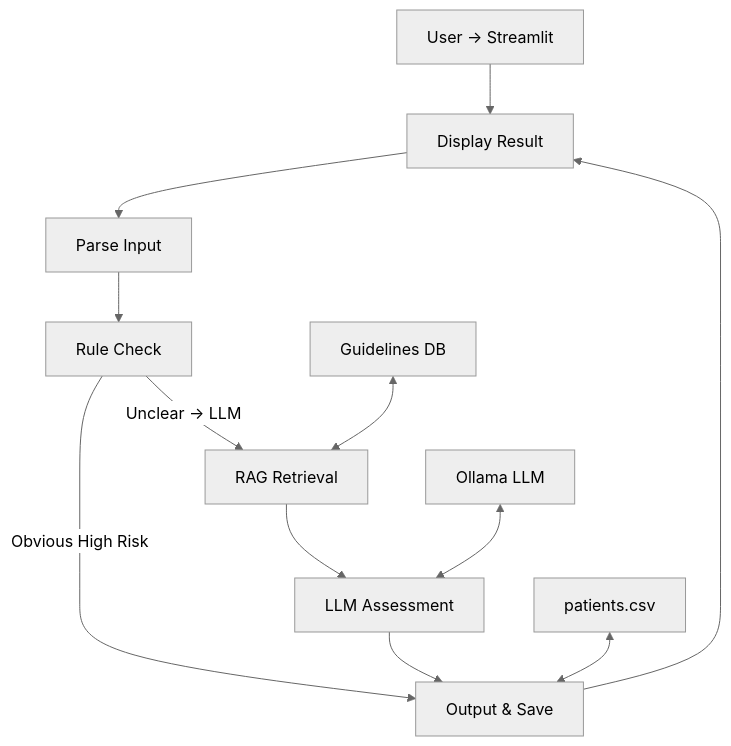
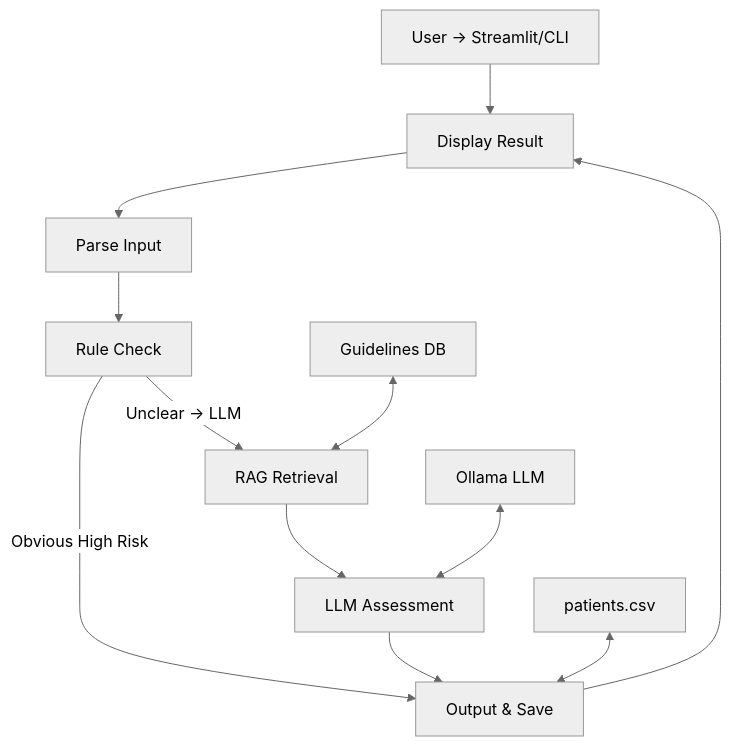
The diagram in README.md (Dnoniel-Ermolaev/VKR_OKR_2026), drawn with Mermaid (neutral theme) before and after one commit.

````diff
--- a/README.md
+++ b/README.md
@@ -24,15 +24,15 @@
 ```mermaid
 graph TD
-    A[User → Streamlit] --> B[LangGraph Workflow]
+    A[User → Streamlit/CLI] --> B[LangGraph Workflow]
     B --> C[Parse Input]
     C --> D[Rule Check]
     D -->|Obvious High Risk| E[Output & Save]
     D -->|Unclear → LLM| F[RAG Retrieval]
     F --> G[LLM Assessment]
     G --> E
     E --> B[Display Result]
 
     I[patients.csv] <--> E
     J[Guidelines DB] <--> F
     K[Ollama LLM] <--> G
 ```
````
